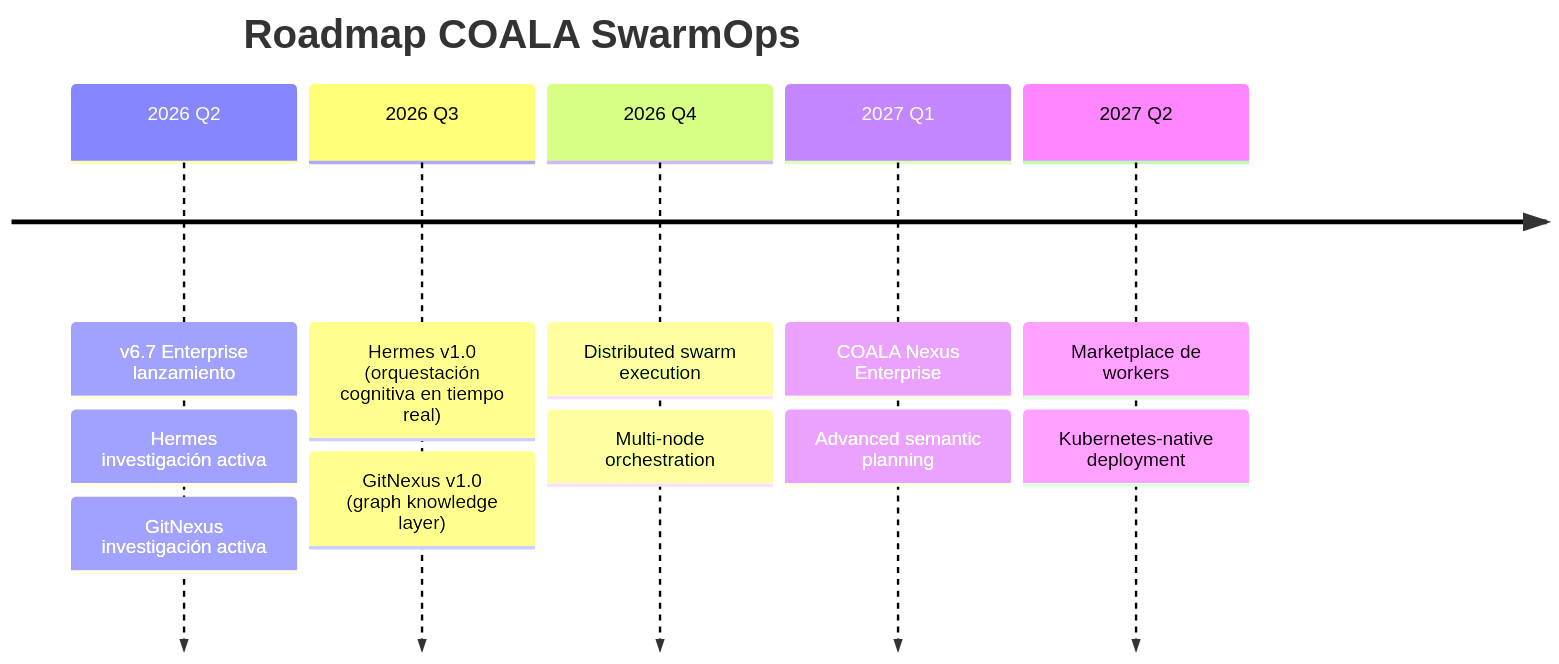
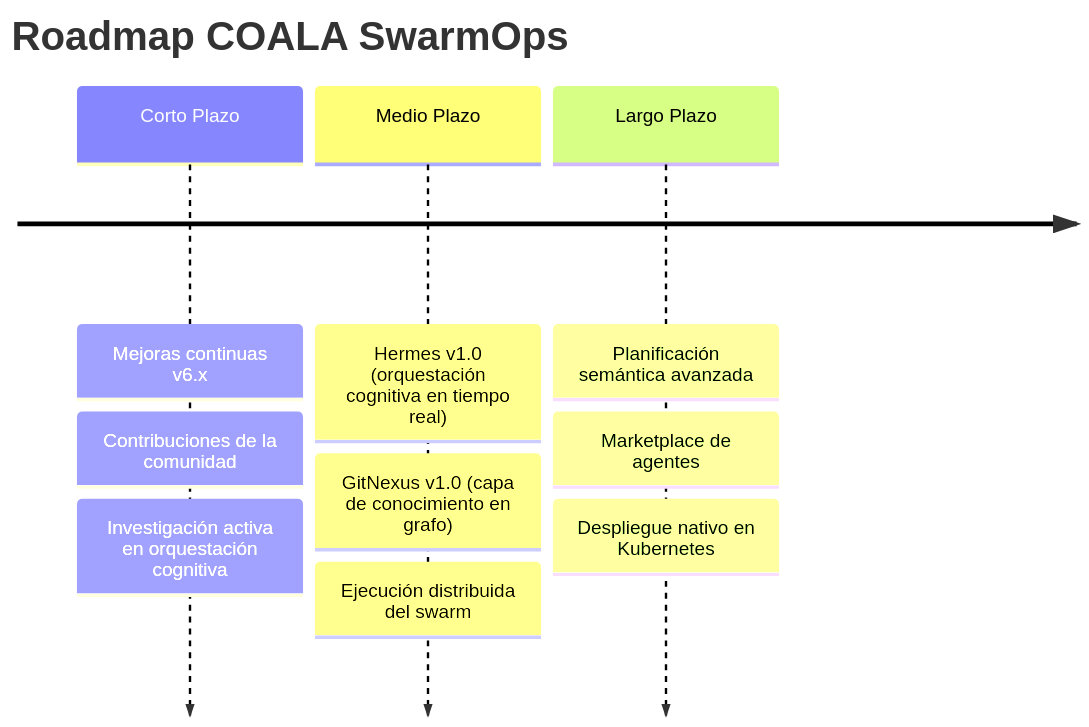
One commit to Aquilesnake/COALA-SwarmOps changed the fifth of 6 diagrams in README_ES.md. Above: the diagram before and after it, drawn with Mermaid. The commit also changed other lines of this file and 6 other files, not shown here.

````diff
--- a/README_ES.md
+++ b/README_ES.md
@@ -386,15 +382,13 @@
 ```mermaid
 timeline
     title Roadmap COALA SwarmOps
-    2026 Q2 : v6.7 Enterprise lanzamiento
-              : Hermes investigación activa
-              : GitNexus investigación activa
-    2026 Q3 : Hermes v1.0 (orquestación cognitiva en tiempo real)
-              : GitNexus v1.0 (graph knowledge layer)
-    2026 Q4 : Distributed swarm execution
-              : Multi-node orchestration
-    2027 Q1 : COALA Nexus Enterprise
-              : Advanced semantic planning
-    2027 Q2 : Marketplace de workers
-              : Kubernetes-native deployment
+    Corto Plazo : Mejoras continuas v6.x
+                  : Contribuciones de la comunidad
+                  : Investigación activa en orquestación cognitiva
+    Medio Plazo  : Hermes v1.0 (orquestación cognitiva en tiempo real)
+                   : GitNexus v1.0 (capa de conocimiento en grafo)
+                   : Ejecución distribuida del swarm
+    Largo Plazo  : Planificación semántica avanzada
+                   : Marketplace de agentes
+                   : Despliegue nativo en Kubernetes
 ```
````
